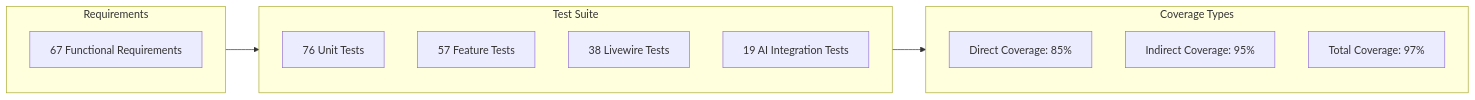
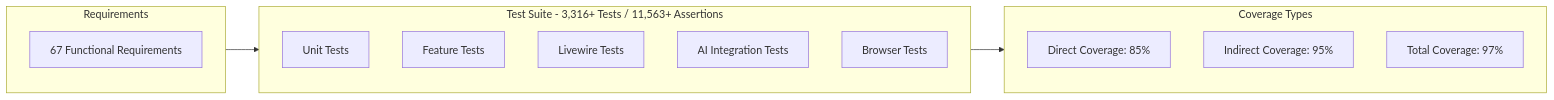
Before and after one commit to exatfrds67/umamusume-career-planner: the seventh of 11 diagrams in docs/00-core-docs/000_REQUIREMENTS_TRACEABILITY_MATRIX.md, drawn with Mermaid. The commit also changed other lines of this file and 111 other files, not shown here.

````diff
--- a/docs/00-core-docs/000_REQUIREMENTS_TRACEABILITY_MATRIX.md
+++ b/docs/00-core-docs/000_REQUIREMENTS_TRACEABILITY_MATRIX.md
@@ -416,22 +419,23 @@
 ```mermaid
 flowchart LR
     subgraph Requirements[Requirements]
         FR[67 Functional Requirements]
     end
     
-    subgraph Tests[Test Suite]
-        Unit[76 Unit Tests]
-        Feature[57 Feature Tests]
-        Livewire[38 Livewire Tests]
-        AI[19 AI Integration Tests]
+    subgraph Tests[Test Suite - 3,316+ Tests / 11,563+ Assertions]
+        Unit[Unit Tests]
+        Feature[Feature Tests]
+        Livewire[Livewire Tests]
+        AI[AI Integration Tests]
+        Browser[Browser Tests]
     end
     
     subgraph Coverage[Coverage Types]
         Direct[Direct Coverage: 85%]
         Indirect[Indirect Coverage: 95%]
         Total[Total Coverage: 97%]
     end
     
     Requirements --> Tests
     Tests --> Coverage
 ```
````
